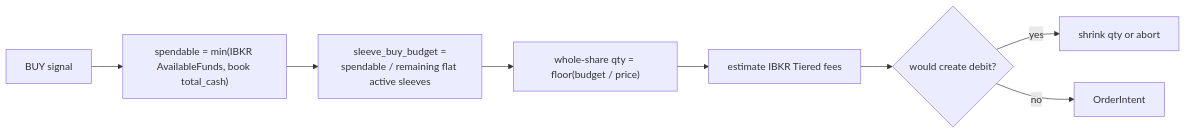
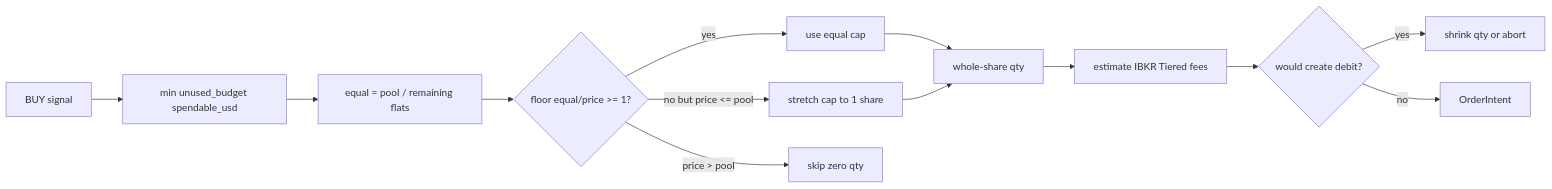
The fourth of 9 diagrams in docs/bot_architecture.md (phungthien97/autonomous-trade-alerts), drawn with Mermaid before and after one commit. The commit also changed other lines of this file and 36 other files, not shown here.

First line of the commit message:
Fix soft-rotate prune, queue flush, biweekly skip, and budget ops.

````diff
--- a/docs/bot_architecture.md
+++ b/docs/bot_architecture.md
@@ -139,10 +148,15 @@
 ```mermaid
 flowchart LR
-  Sig[BUY signal] --> Budget["spendable = min(IBKR AvailableFunds, book total_cash)"]
-  Budget --> Split["sleeve_buy_budget =<br/>spendable / remaining flat active sleeves"]
-  Split --> Qty["whole-share qty = floor(budget / price)"]
+  Sig[BUY signal] --> Pool["min unused_budget spendable_usd"]
+  Pool --> Split["equal = pool / remaining flats"]
+  Split --> Afford{"floor equal/price >= 1?"}
+  Afford -->|yes| Cap[use equal cap]
+  Afford -->|"no but price <= pool"| Stretch["stretch cap to 1 share"]
+  Afford -->|"price > pool"| Skip[skip zero qty]
+  Cap --> Qty["whole-share qty"]
+  Stretch --> Qty
   Qty --> Fees["estimate IBKR Tiered fees"]
   Fees --> Borrow{"would create debit?"}
   Borrow -->|yes| Shrink[shrink qty or abort]
   Borrow -->|no| Intent[OrderIntent]
 ```
````
